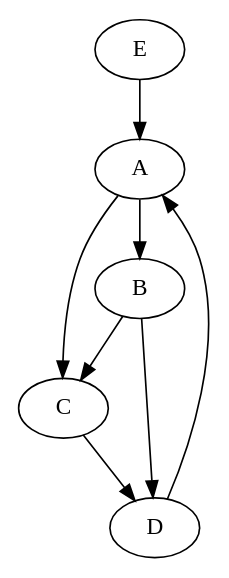
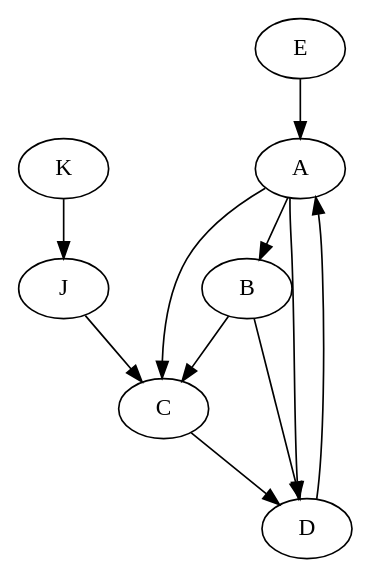
Before and after one commit to bkelsey2216/Advogato: the diagram in testSubgraph.dot, drawn with Graphviz. The commit also changed 7 other files, not shown here.

```diff
--- a/testSubgraph.dot
+++ b/testSubgraph.dot
@@ -1,13 +1,13 @@
 digraph G {
    A -> B [level="Master"];
    A -> C [level="Master"];
    B -> D [level="Journeyer"];
    C -> D [level="Apprentice"];
    E -> A [level = "Master"];
    D -> A [level = "Journeyer"];
-   /*A -> D [level = "Master"];*/
-   /*J -> C [level = "Apprentice"];*/
-   /*K -> J [level = "Journeyer"];*/
+   A -> D [level = "Master"];
+   J -> C [level = "Apprentice"];
+   K -> J [level = "Journeyer"];
    B -> C [level = "Master"];
 
 }
```
